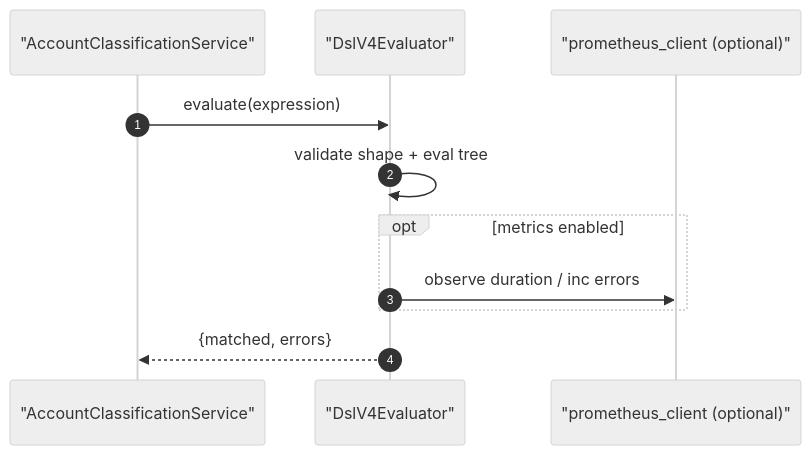
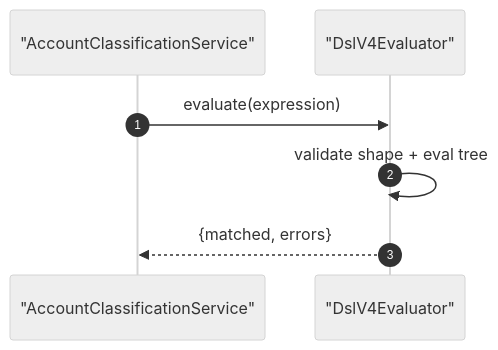
The second of 2 diagrams in docs/Obsidian/reference/service/account-classification-dsl-v4.md (nyealovey/WhaleFall), drawn with Mermaid (neutral theme) before and after one commit. The commit also changed other lines of this file and 25 other files, not shown here.

````diff
--- a/docs/Obsidian/reference/service/account-classification-dsl-v4.md
+++ b/docs/Obsidian/reference/service/account-classification-dsl-v4.md
@@ -83,14 +82,10 @@
 ```mermaid
 sequenceDiagram
     autonumber
     participant Orchestrator as "AccountClassificationService"
     participant Eval as "DslV4Evaluator"
-    participant Metrics as "prometheus_client (optional)"
 
     Orchestrator->>Eval: evaluate(expression)
     Eval->>Eval: validate shape + eval tree
-    opt metrics enabled
-        Eval->>Metrics: observe duration / inc errors
-    end
     Eval-->>Orchestrator: {matched, errors}
 ```
````
